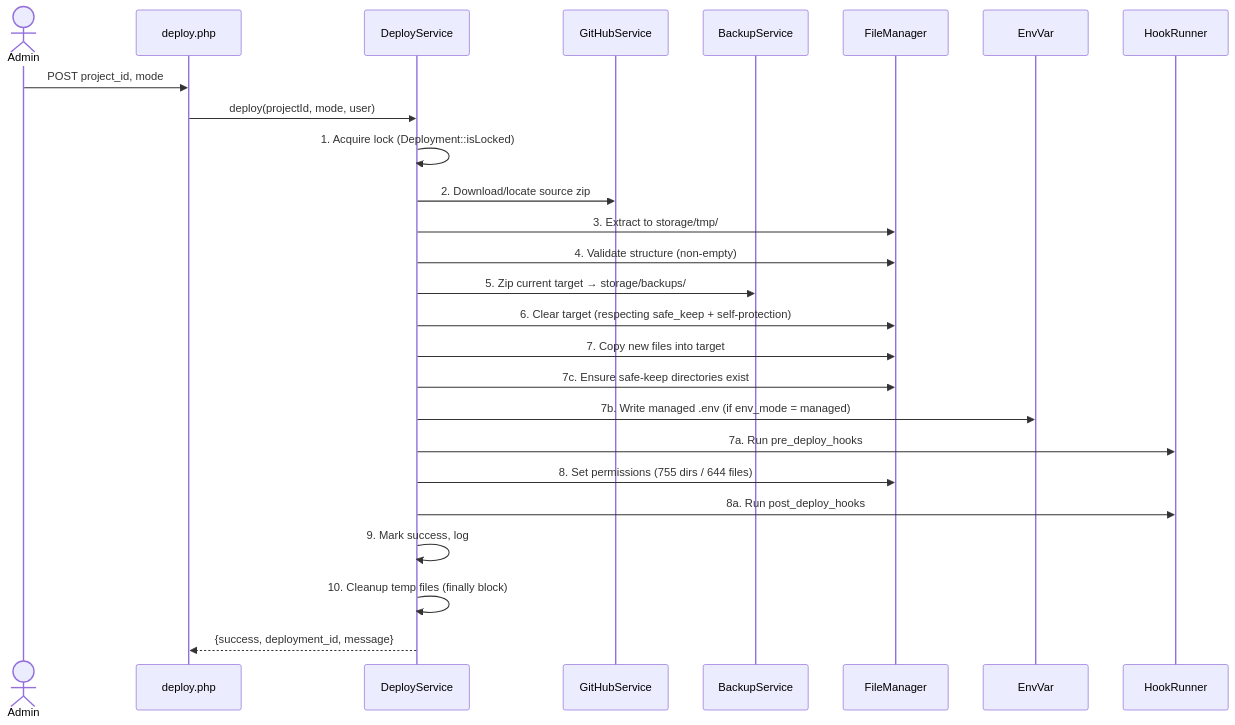
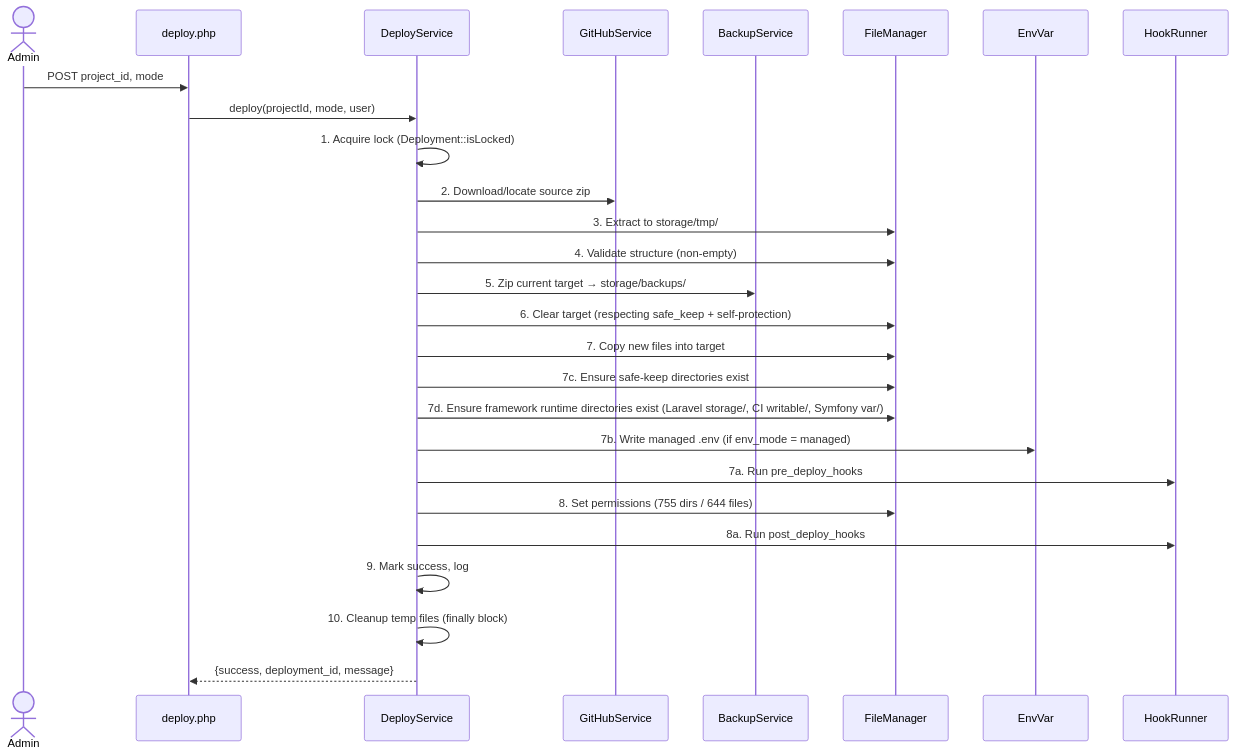
The third of 3 diagrams in docs/ARCHITECTURE.md (tumbujohn/TeraPH-Web-Deployer), drawn with Mermaid before and after one commit. The commit also changed 5 other files, not shown here.

````diff
--- a/docs/ARCHITECTURE.md
+++ b/docs/ARCHITECTURE.md
@@ -231,29 +231,30 @@
 ```mermaid
 sequenceDiagram
     actor Admin
     participant deploy.php
     participant DeployService
     participant GitHubService
     participant BackupService
     participant FileManager
     participant EnvVar
     participant HookRunner
 
     Admin->>deploy.php: POST project_id, mode
     deploy.php->>DeployService: deploy(projectId, mode, user)
     DeployService->>DeployService: 1. Acquire lock (Deployment::isLocked)
     DeployService->>GitHubService: 2. Download/locate source zip
     DeployService->>FileManager: 3. Extract to storage/tmp/
     DeployService->>FileManager: 4. Validate structure (non-empty)
     DeployService->>BackupService: 5. Zip current target → storage/backups/
     DeployService->>FileManager: 6. Clear target (respecting safe_keep + self-protection)
     DeployService->>FileManager: 7. Copy new files into target
     DeployService->>FileManager: 7c. Ensure safe-keep directories exist
+    DeployService->>FileManager: 7d. Ensure framework runtime directories exist (Laravel storage/, CI writable/, Symfony var/)
     DeployService->>EnvVar: 7b. Write managed .env (if env_mode = managed)
     DeployService->>HookRunner: 7a. Run pre_deploy_hooks
     DeployService->>FileManager: 8. Set permissions (755 dirs / 644 files)
     DeployService->>HookRunner: 8a. Run post_deploy_hooks
     DeployService->>DeployService: 9. Mark success, log
     DeployService->>DeployService: 10. Cleanup temp files (finally block)
     DeployService-->>deploy.php: {success, deployment_id, message}
 ```
````
